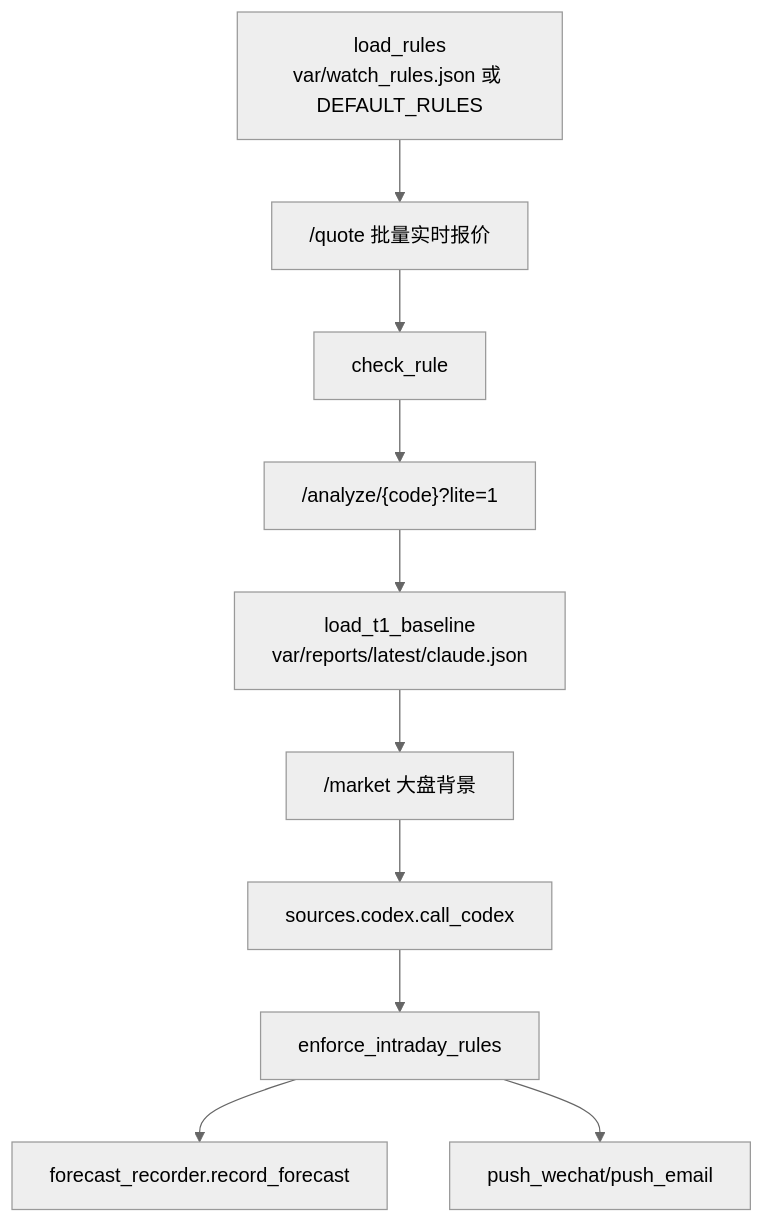
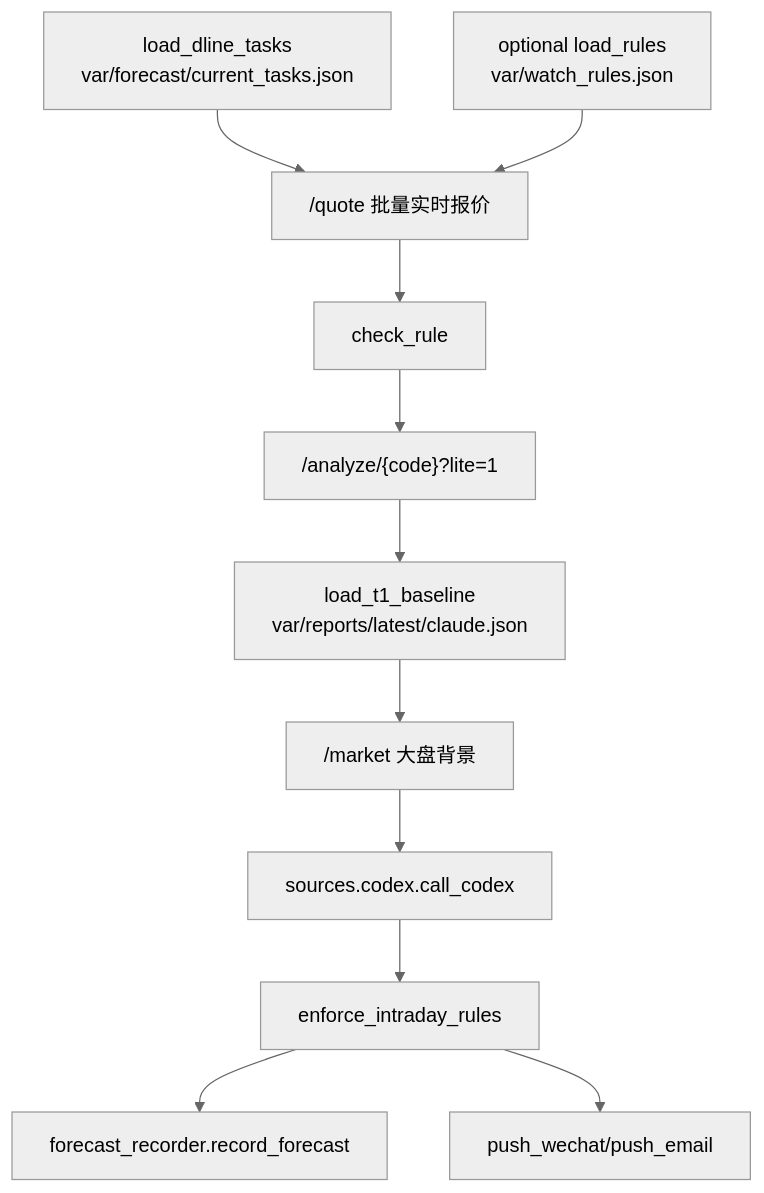
The third of 3 diagrams in docs/CODE_ARCHITECTURE.md (vaxjaz/vax-stock-public), drawn with Mermaid (neutral theme) before and after one commit. The commit also changed other lines of this file and 6 other files, not shown here.

````diff
--- a/docs/CODE_ARCHITECTURE.md
+++ b/docs/CODE_ARCHITECTURE.md
@@ -149,12 +149,13 @@
 ```mermaid
 flowchart TD
-  rules["load_rules\nvar/watch_rules.json 或 DEFAULT_RULES"] --> quote["/quote 批量实时报价"]
+  dline["load_dline_tasks\nvar/forecast/current_tasks.json"] --> quote["/quote 批量实时报价"]
+  legacy["optional load_rules\nvar/watch_rules.json"] --> quote
   quote --> check["check_rule"]
   check --> lite["/analyze/{code}?lite=1"]
   lite --> t1["load_t1_baseline\nvar/reports/latest/claude.json"]
   t1 --> market["/market 大盘背景"]
   market --> codex["sources.codex.call_codex"]
   codex --> guard["enforce_intraday_rules"]
   guard --> forecast["forecast_recorder.record_forecast"]
   guard --> notify["push_wechat/push_email"]
 ```
````
